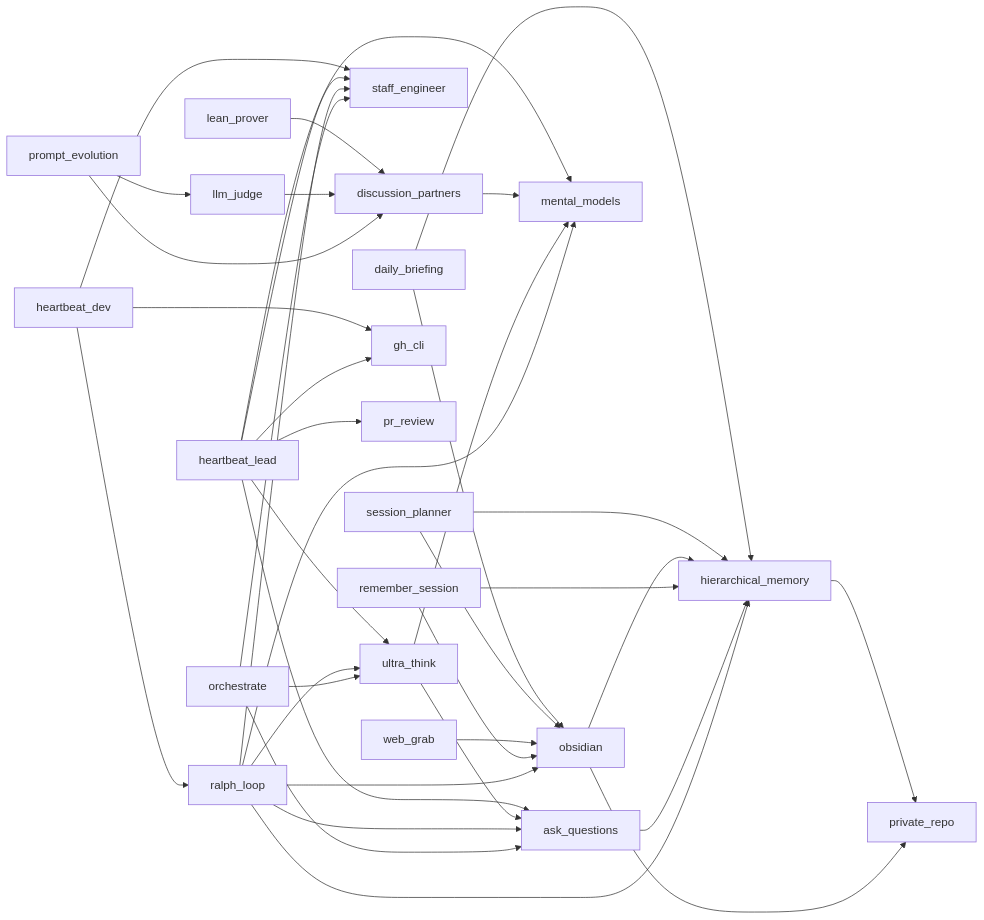
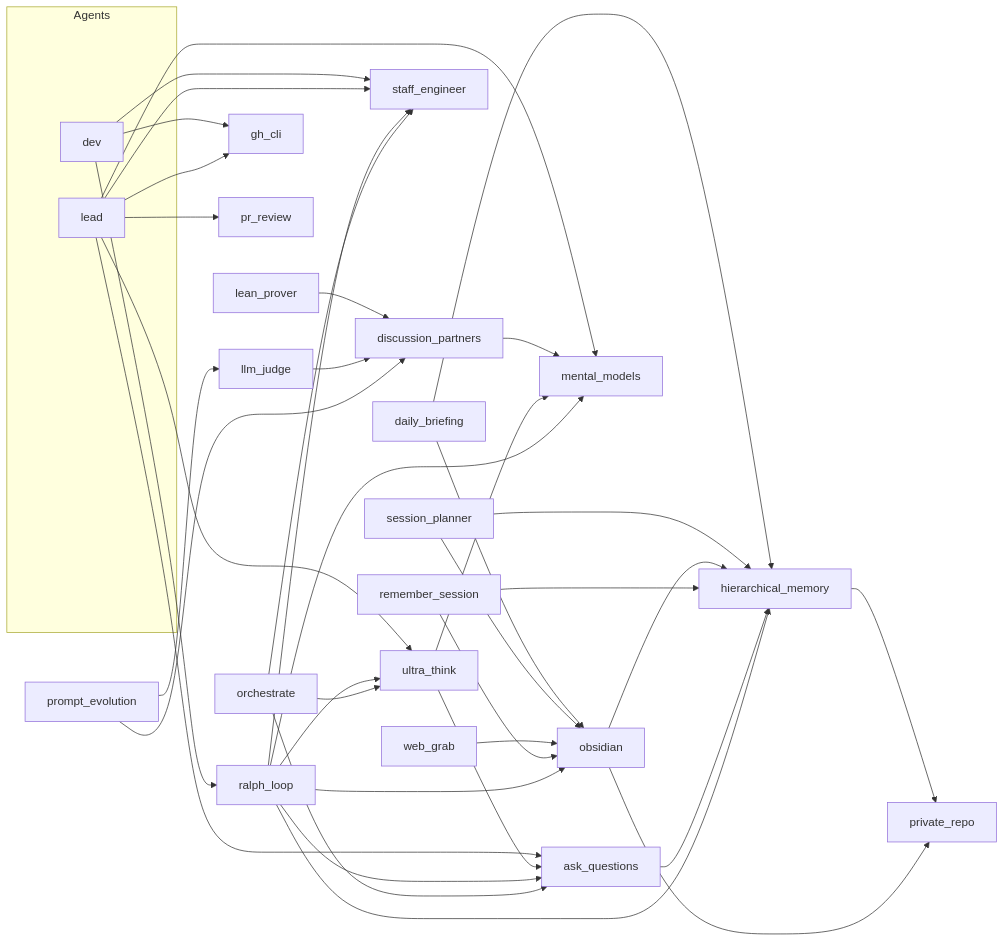
The diagram in README.md (zachmayer/skills), drawn with Mermaid before and after one commit. The commit also changed 4 other files, not shown here.

````diff
--- a/README.md
+++ b/README.md
@@ -98,39 +98,43 @@
 ```mermaid
 graph LR
+    subgraph agents [Agents]
+        lead
+        dev
+    end
     orchestrate --> ultra_think
     orchestrate --> staff_engineer
     orchestrate --> ask_questions
     ralph_loop --> ultra_think
     ralph_loop --> staff_engineer
     ralph_loop --> ask_questions
     ralph_loop --> mental_models
     ralph_loop --> hierarchical_memory
     ralph_loop --> obsidian
     ultra_think --> mental_models
     ultra_think --> ask_questions
     ask_questions --> hierarchical_memory
     prompt_evolution --> discussion_partners
     prompt_evolution --> llm_judge
     llm_judge --> discussion_partners
     discussion_partners --> mental_models
     remember_session --> hierarchical_memory
     remember_session --> obsidian
-    heartbeat_lead --> staff_engineer
-    heartbeat_lead --> gh_cli
-    heartbeat_lead --> pr_review
-    heartbeat_lead --> mental_models
-    heartbeat_lead --> ultra_think
-    heartbeat_lead --> ask_questions
-    heartbeat_dev --> staff_engineer
-    heartbeat_dev --> ralph_loop
-    heartbeat_dev --> gh_cli
+    lead --> staff_engineer
+    lead --> gh_cli
+    lead --> pr_review
+    lead --> mental_models
+    lead --> ultra_think
+    lead --> ask_questions
+    dev --> staff_engineer
+    dev --> ralph_loop
+    dev --> gh_cli
     obsidian --> hierarchical_memory
     obsidian --> private_repo
     hierarchical_memory --> private_repo
     web_grab --> obsidian
     lean_prover --> discussion_partners
     session_planner --> hierarchical_memory
     session_planner --> obsidian
     daily_briefing --> hierarchical_memory
     daily_briefing --> obsidian
 ```
````
